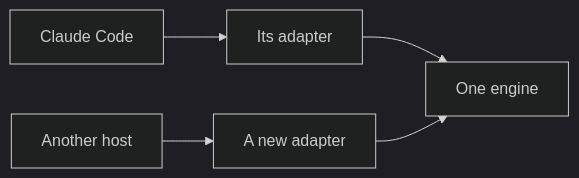
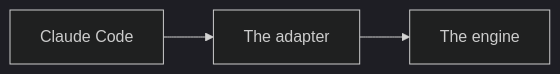
The second of 3 diagrams in docs/architecture/PRINCIPLES.md (trustmybot/tmb), drawn with Mermaid (dark theme) before and after one commit. The commit also changed other lines of this file and 4 other files, not shown here.

Commit message:
📝 docs: no role per host; Claude Code is the one host

````diff
--- a/docs/architecture/PRINCIPLES.md
+++ b/docs/architecture/PRINCIPLES.md
@@ -109,7 +109,4 @@
 ```mermaid
 flowchart LR
-    H1["Claude Code"] --> A1["Its adapter"]
-    H3["Another host"] --> A3["A new adapter"]
-    A1 --> E["One engine"]
-    A3 --> E
+    H1["Claude Code"] --> A1["The adapter"] --> E["The engine"]
 ```
````
